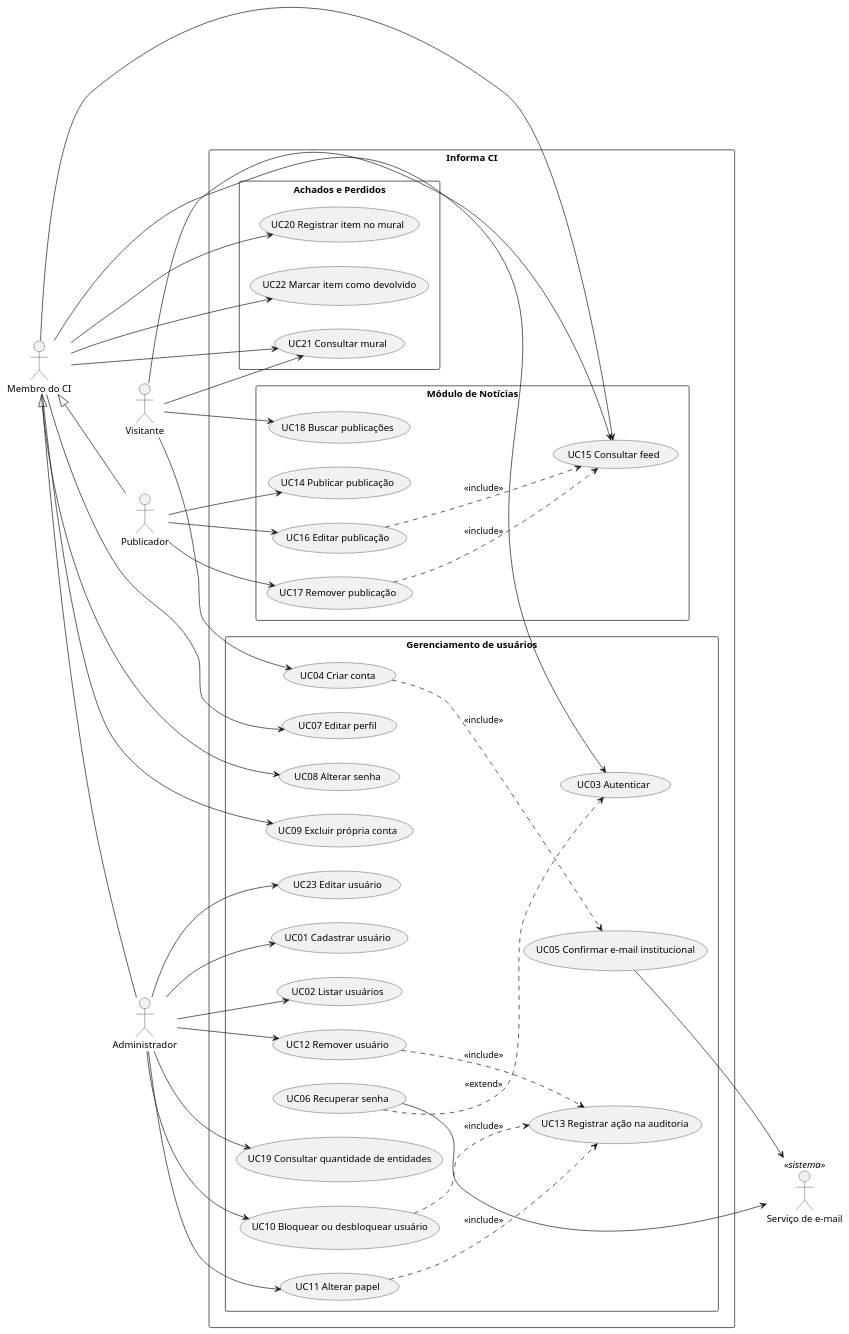
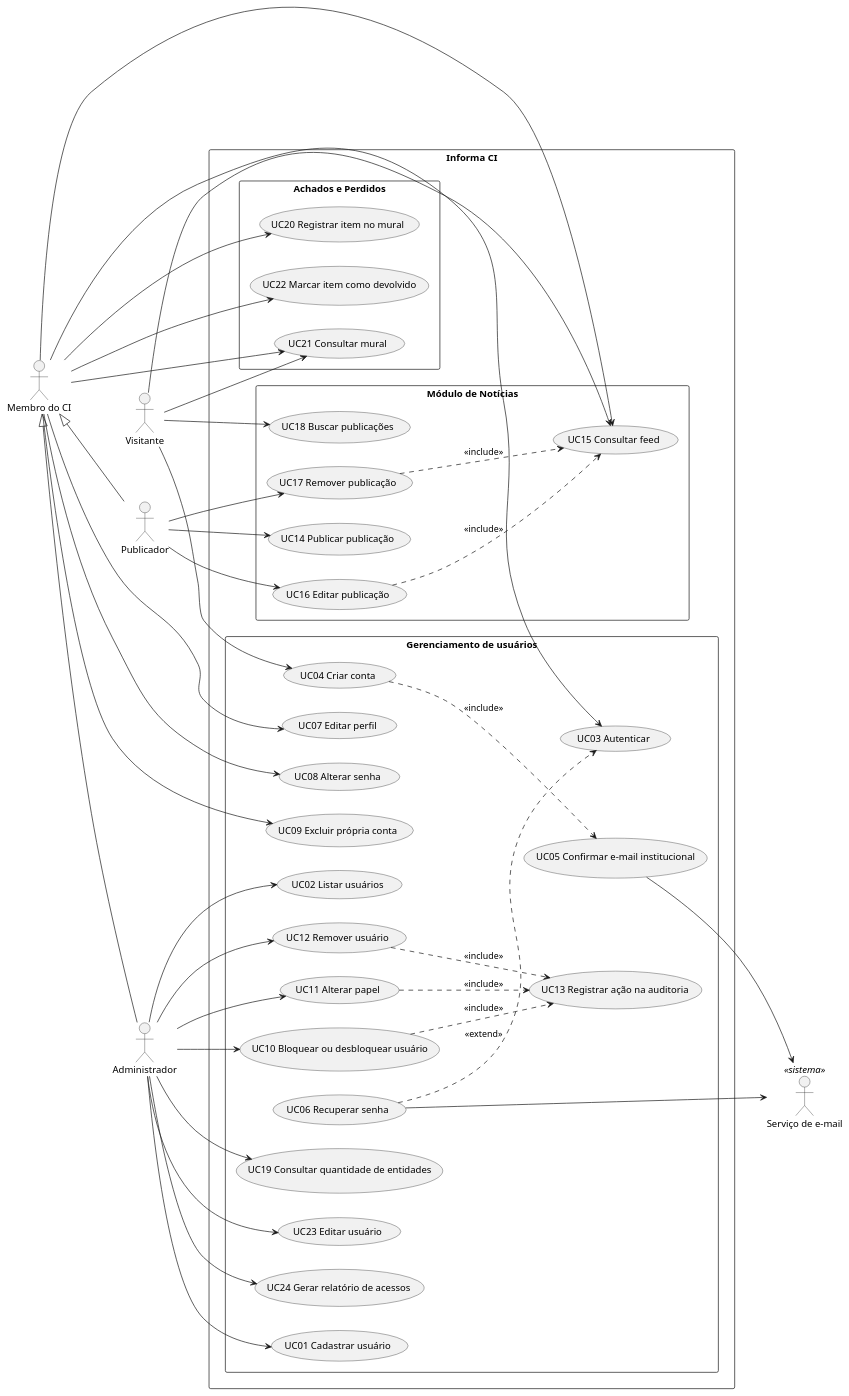
The diagram in docs/04-casos-de-uso/casos-de-uso.puml (rodrigomfortes/informa-ci-mps), drawn with PlantUML before and after one commit. The commit also changed 8 other files, not shown here.

```diff
--- a/docs/04-casos-de-uso/casos-de-uso.puml
+++ b/docs/04-casos-de-uso/casos-de-uso.puml
@@ -1,78 +1,80 @@
 @startuml casos-de-uso
 left to right direction
 skinparam packageStyle rectangle
 
 actor Visitante
 actor "Membro do CI" as Membro
 actor Publicador
 actor Administrador
 actor "Serviço de e-mail" as Email <<sistema>>
 
 Membro <|-- Publicador
 Membro <|-- Administrador
 
 rectangle "Informa CI" {
   package "Gerenciamento de usuários" {
     usecase "UC01 Cadastrar usuário" as UC01
     usecase "UC02 Listar usuários" as UC02
     usecase "UC03 Autenticar" as UC03
     usecase "UC04 Criar conta" as UC04
     usecase "UC05 Confirmar e-mail institucional" as UC05
     usecase "UC06 Recuperar senha" as UC06
     usecase "UC07 Editar perfil" as UC07
     usecase "UC08 Alterar senha" as UC08
     usecase "UC09 Excluir própria conta" as UC09
     usecase "UC10 Bloquear ou desbloquear usuário" as UC10
     usecase "UC11 Alterar papel" as UC11
     usecase "UC12 Remover usuário" as UC12
     usecase "UC13 Registrar ação na auditoria" as UC13
     usecase "UC19 Consultar quantidade de entidades" as UC19
     usecase "UC23 Editar usuário" as UC23
+    usecase "UC24 Gerar relatório de acessos" as UC24
   }
   package "Módulo de Notícias" {
     usecase "UC14 Publicar publicação" as UC14
     usecase "UC15 Consultar feed" as UC15
     usecase "UC16 Editar publicação" as UC16
     usecase "UC17 Remover publicação" as UC17
     usecase "UC18 Buscar publicações" as UC18
   }
   package "Achados e Perdidos" {
     usecase "UC20 Registrar item no mural" as UC20
     usecase "UC21 Consultar mural" as UC21
     usecase "UC22 Marcar item como devolvido" as UC22
   }
 }
 
 Visitante --> UC04
 Visitante --> UC15
 Visitante --> UC18
 Visitante --> UC21
 Membro --> UC03
 Membro --> UC07
 Membro --> UC08
 Membro --> UC09
 Membro --> UC15
 Membro --> UC20
 Membro --> UC21
 Membro --> UC22
 Publicador --> UC14
 Publicador --> UC16
 Publicador --> UC17
 Administrador --> UC01
 Administrador --> UC02
 Administrador --> UC10
 Administrador --> UC11
 Administrador --> UC12
 Administrador --> UC19
 Administrador --> UC23
+Administrador --> UC24
 
 UC04 ..> UC05 : <<include>>
 UC06 ..> UC03 : <<extend>>
 UC10 ..> UC13 : <<include>>
 UC11 ..> UC13 : <<include>>
 UC12 ..> UC13 : <<include>>
 UC16 ..> UC15 : <<include>>
 UC17 ..> UC15 : <<include>>
 UC05 --> Email
 UC06 --> Email
 @enduml
```
